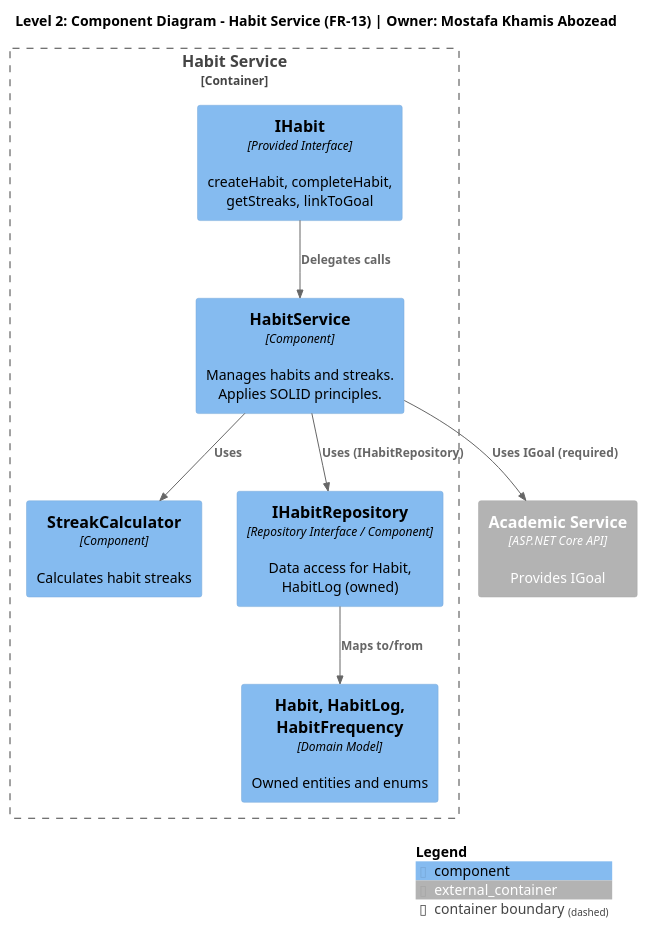
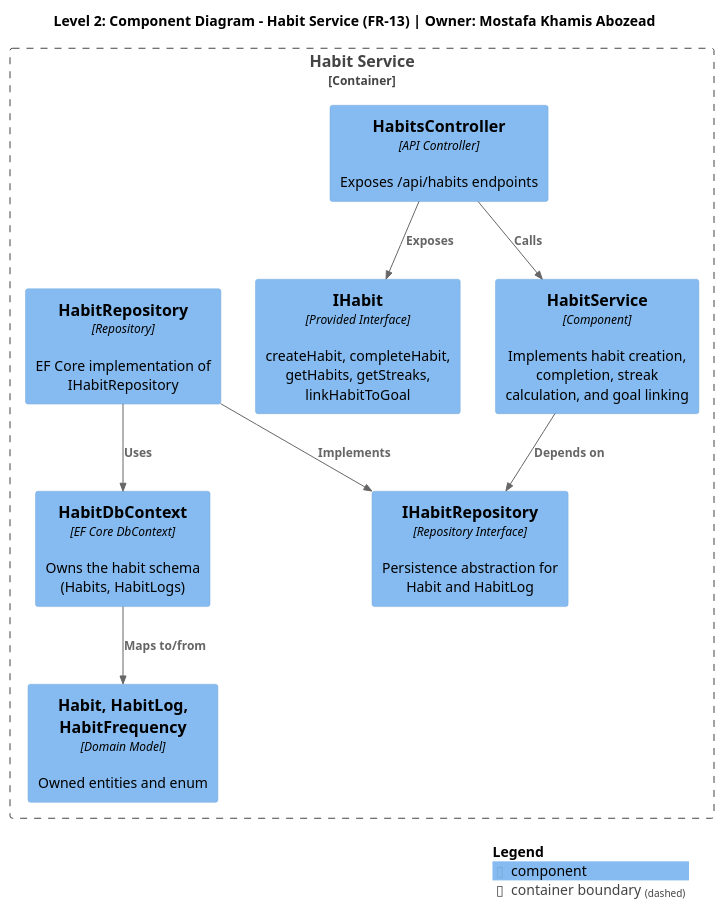
One commit to AIU-SoftWave/Aspirra changed the diagram in docs/PM1/Part A — Design/Component Diagrams/13-habit-service-component.puml. Above: the diagram before and after it, drawn with PlantUML. The commit also changed 251 other files, not shown here.

First line of the commit message:
Add unit tests for HabitService and StudentService

```diff
--- a/docs/PM1/Part A — Design/Component Diagrams/13-habit-service-component.puml
+++ b/docs/PM1/Part A — Design/Component Diagrams/13-habit-service-component.puml
@@ -1,35 +1,25 @@
 @startuml habit-service-component-diagram
 !include https://raw.githubusercontent.com/plantuml-stdlib/C4-PlantUML/master/C4_Component.puml
 
 title Level 2: Component Diagram - Habit Service (FR-13) | Owner: Mostafa Khamis Abozead
 
 Container_Boundary(habitBoundary, "Habit Service") {
-  
-  ' Provided interface
-  Component(iHabit, "IHabit", "Provided Interface", "createHabit, completeHabit, getStreaks, linkToGoal")
-  
-  ' Core components
-  Component(habitService, "HabitService", "Component", "Manages habits and streaks. Applies SOLID principles.")
-  Component(streakCalculator, "StreakCalculator", "Component", "Calculates habit streaks")
-  
-  ' Persistence
-  Component(habitRepo, "IHabitRepository", "Repository Interface / Component", "Data access for Habit, HabitLog (owned)")
-  
-  ' Domain
-  Component(domainModel, "Habit, HabitLog, HabitFrequency", "Domain Model", "Owned entities and enums")
+
+  Component(iHabit, "IHabit", "Provided Interface", "createHabit, completeHabit, getHabits, getStreaks, linkHabitToGoal")
+  Component(habitsController, "HabitsController", "API Controller", "Exposes /api/habits endpoints")
+  Component(habitService, "HabitService", "Component", "Implements habit creation, completion, streak calculation, and goal linking")
+  Component(iHabitRepo, "IHabitRepository", "Repository Interface", "Persistence abstraction for Habit and HabitLog")
+  Component(habitRepo, "HabitRepository", "Repository", "EF Core implementation of IHabitRepository")
+  Component(habitDb, "HabitDbContext", "EF Core DbContext", "Owns the habit schema (Habits, HabitLogs)")
+  Component(domainModel, "Habit, HabitLog, HabitFrequency", "Domain Model", "Owned entities and enum")
 }
 
-' Required interfaces
-Container_Ext(academicSvc, "Academic Service", "ASP.NET Core API", "Provides IGoal")
-
-' Internal relationships
-Rel(iHabit, habitService, "Delegates calls")
-Rel(habitService, streakCalculator, "Uses")
-Rel(habitService, habitRepo, "Uses (IHabitRepository)")
-Rel(habitRepo, domainModel, "Maps to/from")
-
-' Cross-service relationships
-Rel(habitService, academicSvc, "Uses IGoal (required)")
+Rel(habitsController, iHabit, "Exposes")
+Rel(habitsController, habitService, "Calls")
+Rel(habitService, iHabitRepo, "Depends on")
+Rel(habitRepo, iHabitRepo, "Implements")
+Rel(habitRepo, habitDb, "Uses")
+Rel(habitDb, domainModel, "Maps to/from")
 
 SHOW_LEGEND()
 @enduml
```
